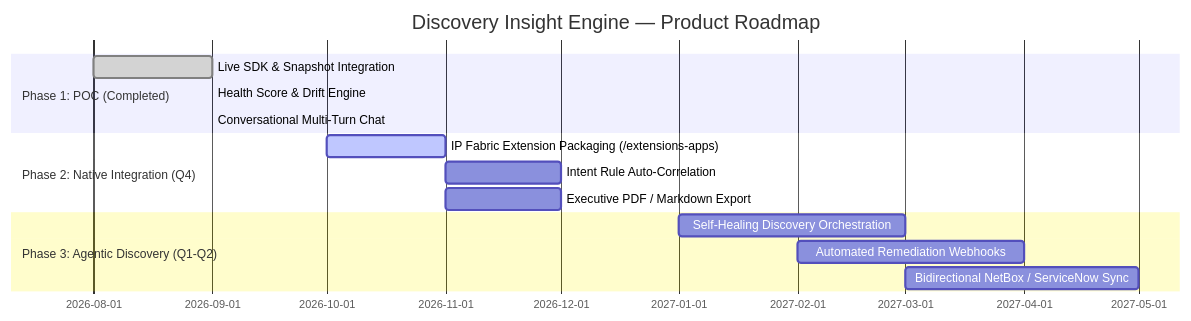
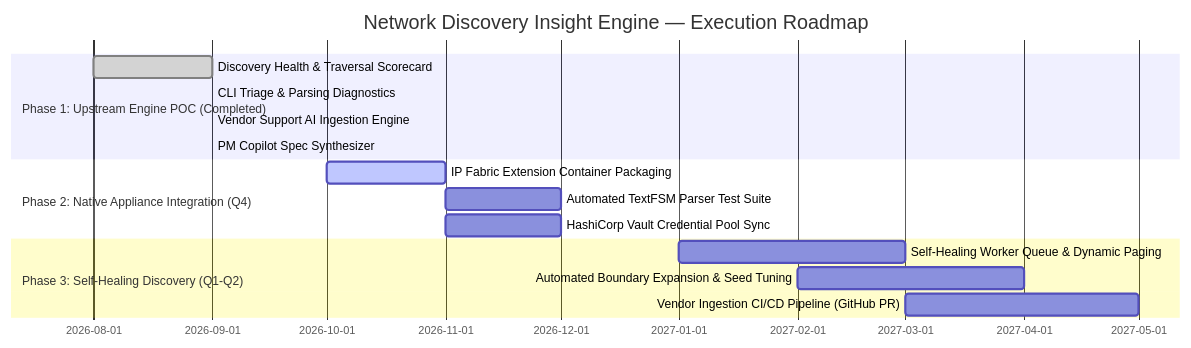
Before and after one commit to ranaji10/discovery-insight-engine: the diagram in PRD.md, drawn with Mermaid. The commit also changed other lines of this file and 10 other files, not shown here.

````diff
--- a/PRD.md
+++ b/PRD.md
@@ -170,17 +194,18 @@
 ```mermaid
 gantt
-    title Discovery Insight Engine — Product Roadmap
+    title Network Discovery Insight Engine — Execution Roadmap
     dateFormat  YYYY-MM
-    section Phase 1: POC (Completed)
-    Live SDK & Snapshot Integration       :done, p1_1, 2026-08, 2026-09
-    Health Score & Drift Engine           :done, p1_2, 2026-09, 2026-09
-    Conversational Multi-Turn Chat        :done, p1_3, 2026-09, 2026-09
-    section Phase 2: Native Integration (Q4)
-    IP Fabric Extension Packaging (/extensions-apps) :active, p2_1, 2026-10, 2026-11
-    Intent Rule Auto-Correlation          :p2_2, 2026-11, 2026-12
-    Executive PDF / Markdown Export       :p2_3, 2026-11, 2026-12
-    section Phase 3: Agentic Discovery (Q1-Q2)
-    Self-Healing Discovery Orchestration   :p3_1, 2027-01, 2027-03
-    Automated Remediation Webhooks        :p3_2, 2027-02, 2027-04
-    Bidirectional NetBox / ServiceNow Sync:p3_3, 2027-03, 2027-05
+    section Phase 1: Upstream Engine POC (Completed)
+    Discovery Health & Traversal Scorecard :done, p1_1, 2026-08, 2026-09
+    CLI Triage & Parsing Diagnostics       :done, p1_2, 2026-09, 2026-09
+    Vendor Support AI Ingestion Engine     :done, p1_3, 2026-09, 2026-09
+    PM Copilot Spec Synthesizer           :done, p1_4, 2026-09, 2026-09
+    section Phase 2: Native Appliance Integration (Q4)
+    IP Fabric Extension Container Packaging:active, p2_1, 2026-10, 2026-11
+    Automated TextFSM Parser Test Suite    :p2_2, 2026-11, 2026-12
+    HashiCorp Vault Credential Pool Sync   :p2_3, 2026-11, 2026-12
+    section Phase 3: Self-Healing Discovery (Q1-Q2)
+    Self-Healing Worker Queue & Dynamic Paging:p3_1, 2027-01, 2027-03
+    Automated Boundary Expansion & Seed Tuning:p3_2, 2027-02, 2027-04
+    Vendor Ingestion CI/CD Pipeline (GitHub PR):p3_3, 2027-03, 2027-05
 ```
````
